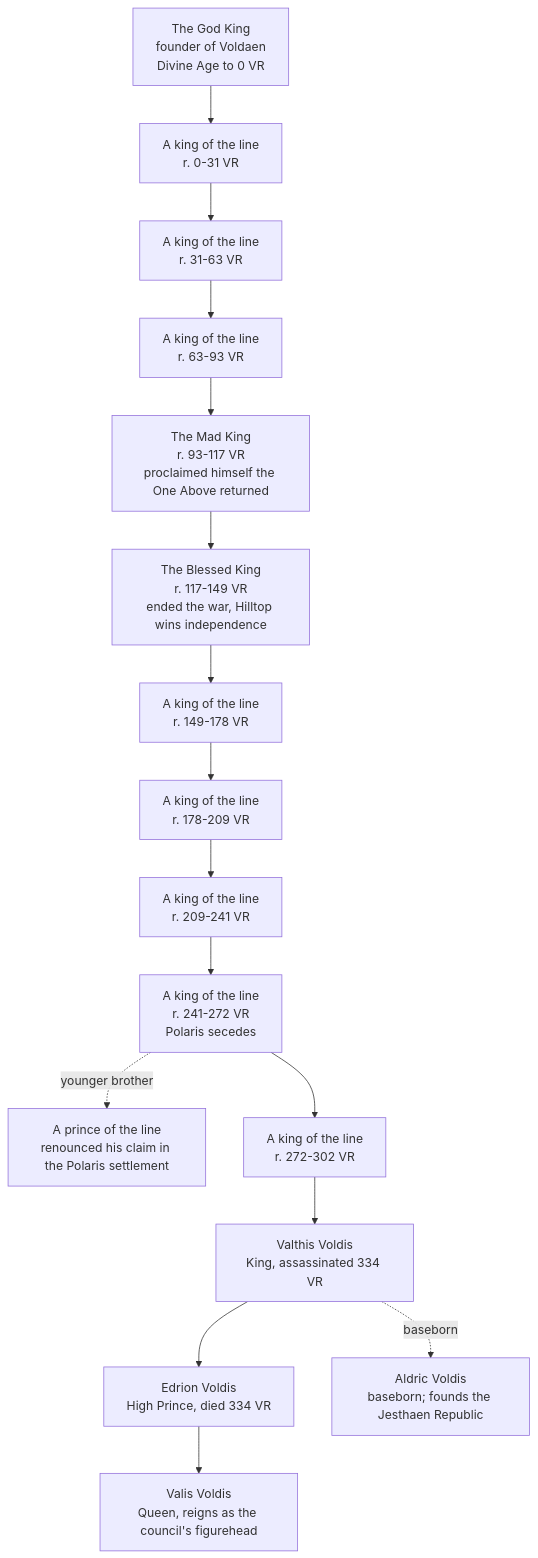
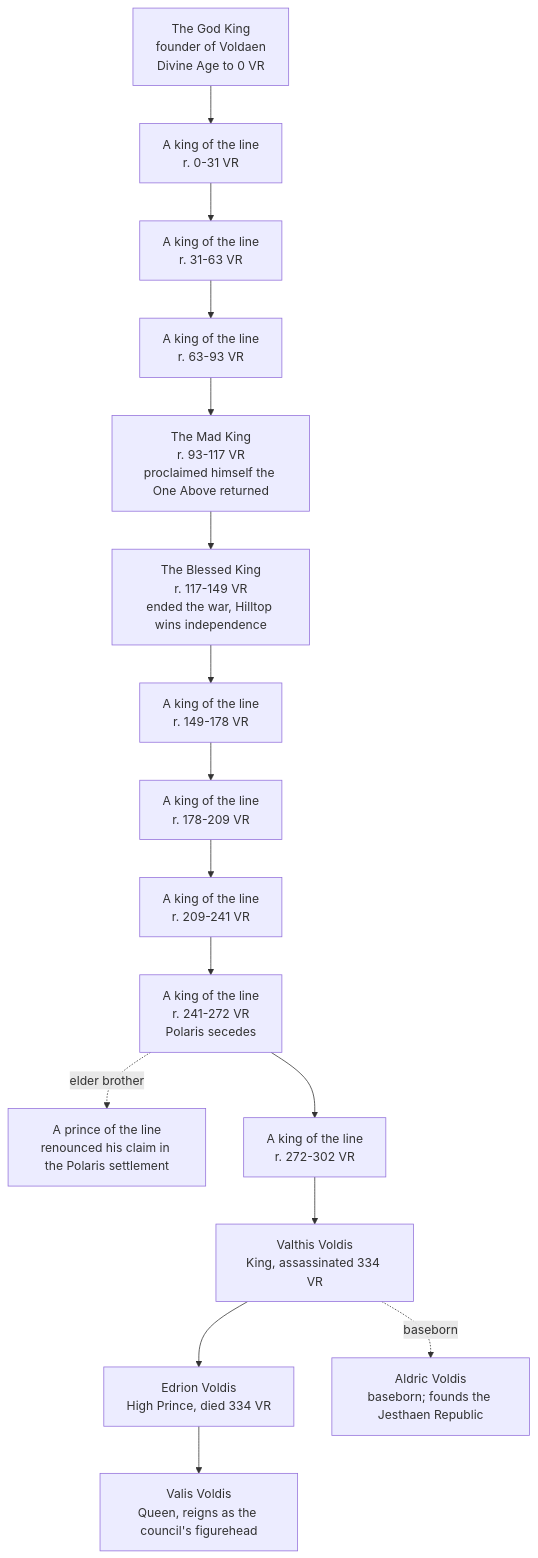
One commit to EgoAlt/althas-wiki changed the diagram in content/organizations/house-voldis.md. Above: the diagram before and after it, drawn with Mermaid. The commit also changed other lines of this file and 9 other files, not shown here.

Commit message:
Publish the Five Heroes (with Lyra & Cassio), add Lyra to the Diplomacy graph, single-Ophanim + elder-prince touch-ups

````diff
--- a/content/organizations/house-voldis.md
+++ b/content/organizations/house-voldis.md
@@ -19,31 +19,31 @@
 ```mermaid
 graph TD
     GK["The God King<br/>founder of Voldaen<br/>Divine Age to 0 VR"]
     K0["A king of the line<br/>r. 0-31 VR"]
     K1["A king of the line<br/>r. 31-63 VR"]
     K2["A king of the line<br/>r. 63-93 VR"]
     MAD["The Mad King<br/>r. 93-117 VR<br/>proclaimed himself the One Above returned"]
     BLESSED["The Blessed King<br/>r. 117-149 VR<br/>ended the war, Hilltop wins independence"]
     K3["A king of the line<br/>r. 149-178 VR"]
     K4["A king of the line<br/>r. 178-209 VR"]
     K5["A king of the line<br/>r. 209-241 VR"]
     K6["A king of the line<br/>r. 241-272 VR<br/>Polaris secedes"]
     BRO["A prince of the line<br/>renounced his claim in the Polaris settlement"]
     K7["A king of the line<br/>r. 272-302 VR"]
     VALTHIS["Valthis Voldis<br/>King, assassinated 334 VR"]
     EDRION["Edrion Voldis<br/>High Prince, died 334 VR"]
     ALDRIC["Aldric Voldis<br/>baseborn; founds the Jesthaen Republic"]
     VALIS["Valis Voldis<br/>Queen, reigns as the council's figurehead"]
     GK --> K0 --> K1 --> K2 --> MAD --> BLESSED --> K3 --> K4 --> K5 --> K6 --> K7 --> VALTHIS
-    K6 -.->|younger brother| BRO
+    K6 -.->|elder brother| BRO
     VALTHIS --> EDRION
     VALTHIS -.->|baseborn| ALDRIC
     EDRION --> VALIS
     click GK "../npcs/the-god-king" "The God King"
     click MAD "../npcs/the-mad-king" "The Mad King"
     click BLESSED "../npcs/the-blessed-king" "The Blessed King"
     click VALTHIS "../npcs/valthis-voldis" "Valthis Voldis"
     click EDRION "../npcs/edrion-voldis" "Edrion Voldis"
     click ALDRIC "../npcs/aldric-voldis" "Aldric Voldis"
     click VALIS "../npcs/valis-voldis" "Valis Voldis"
 ```
````
